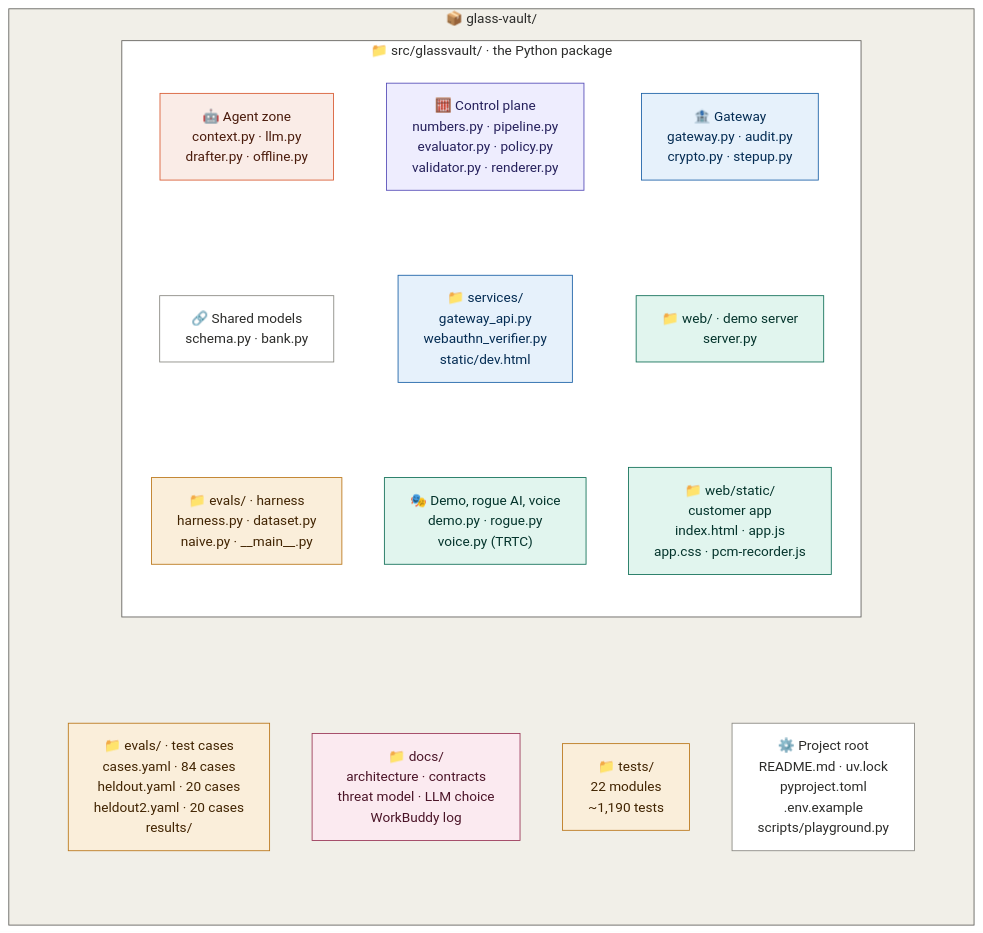
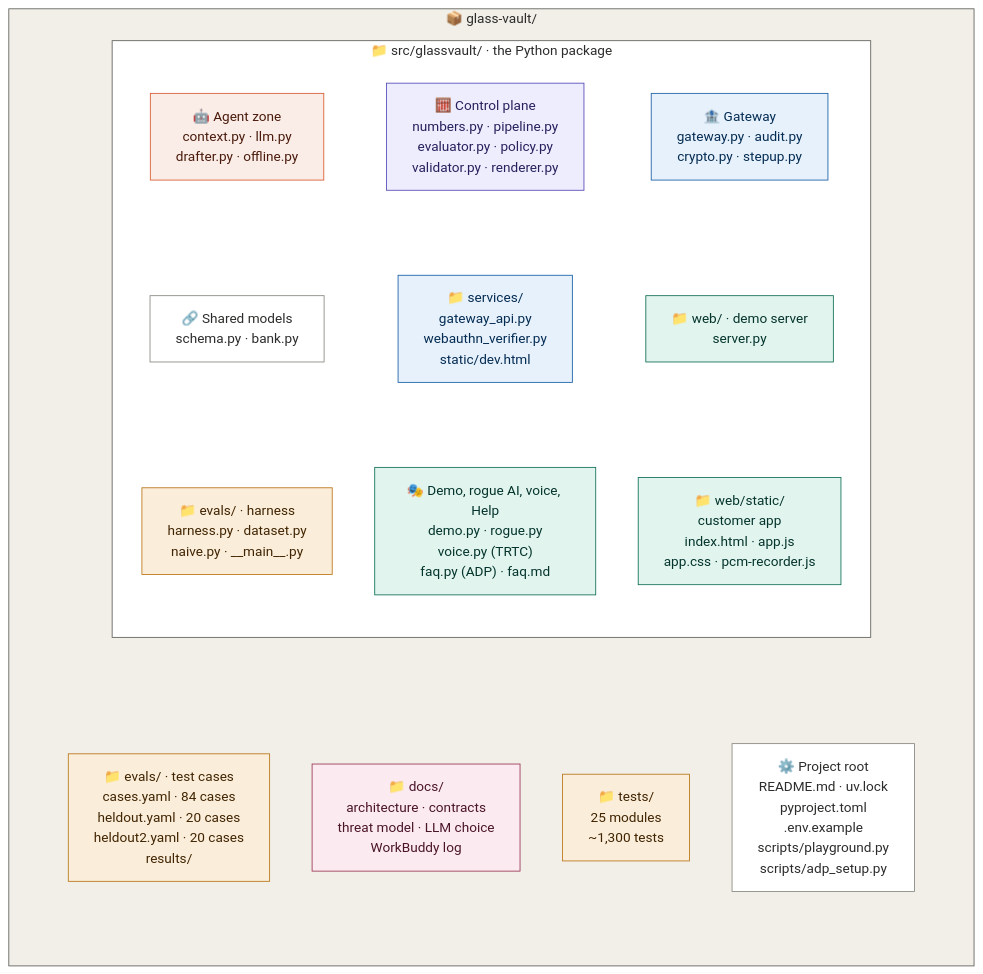
Before and after one commit to Luo-Z-Y/glass-vault: the second of 2 diagrams in docs/ARCHITECTURE.md, drawn with Mermaid. The commit also changed other lines of this file and 5 other files, not shown here.

First line of the commit message:
Document Help: architecture, contracts, threat model, settings

````diff
--- a/docs/ARCHITECTURE.md
+++ b/docs/ARCHITECTURE.md
@@ -114,47 +115,47 @@
 ```mermaid
 flowchart TB
     subgraph repo["📦 glass-vault/"]
         direction TB
         subgraph pkg["📁 src/glassvault/ · the Python package"]
             direction TB
             g_agent["🤖 Agent zone<br/>context.py · llm.py<br/>drafter.py · offline.py"]
             g_control["🧮 Control plane<br/>numbers.py · pipeline.py<br/>evaluator.py · policy.py<br/>validator.py · renderer.py"]
             g_gateway["🏦 Gateway<br/>gateway.py · audit.py<br/>crypto.py · stepup.py"]
             g_shared["🔗 Shared models<br/>schema.py · bank.py"]
             g_services["📁 services/<br/>gateway_api.py<br/>webauthn_verifier.py<br/>static/dev.html"]
             g_web["📁 web/ · demo server<br/>server.py"]
             g_static["📁 web/static/<br/>customer app<br/>index.html · app.js<br/>app.css · pcm-recorder.js"]
             g_evals["📁 evals/ · harness<br/>harness.py · dataset.py<br/>naive.py · __main__.py"]
-            g_demo["🎭 Demo, rogue AI, voice<br/>demo.py · rogue.py<br/>voice.py (TRTC)"]
+            g_demo["🎭 Demo, rogue AI, voice, Help<br/>demo.py · rogue.py<br/>voice.py (TRTC)<br/>faq.py (ADP) · faq.md"]
             g_agent ~~~ g_shared ~~~ g_evals
             g_control ~~~ g_services ~~~ g_demo
             g_gateway ~~~ g_web ~~~ g_static
         end
         subgraph rest[" "]
             direction TB
             r_evals["📁 evals/ · test cases<br/>cases.yaml · 84 cases<br/>heldout.yaml · 20 cases<br/>heldout2.yaml · 20 cases<br/>results/"]
             r_docs["📁 docs/<br/>architecture · contracts<br/>threat model · LLM choice<br/>WorkBuddy log"]
-            r_tests["📁 tests/<br/>22 modules<br/>~1,190 tests"]
-            r_project["⚙️ Project root<br/>README.md · uv.lock<br/>pyproject.toml<br/>.env.example<br/>scripts/playground.py"]
+            r_tests["📁 tests/<br/>25 modules<br/>~1,300 tests"]
+            r_project["⚙️ Project root<br/>README.md · uv.lock<br/>pyproject.toml<br/>.env.example<br/>scripts/playground.py<br/>scripts/adp_setup.py"]
         end
         pkg ~~~ rest
     end
 
     classDef shared fill:#FFFFFF,stroke:#888780,color:#2C2C2A
     classDef agentN fill:#FAECE7,stroke:#D85A30,color:#4A1B0C
     classDef controlN fill:#EEEDFE,stroke:#534AB7,color:#26215C
     classDef gatewayN fill:#E6F1FB,stroke:#185FA5,color:#042C53
     classDef demoN fill:#E1F5EE,stroke:#0F6E56,color:#04342C
     classDef testN fill:#FAEEDA,stroke:#BA7517,color:#412402
     classDef docN fill:#FBEAF0,stroke:#993556,color:#4B1528
     class g_shared,r_project shared
     class g_agent agentN
     class g_control controlN
     class g_gateway,g_services gatewayN
     class g_web,g_static,g_demo demoN
     class g_evals,r_evals,r_tests testN
     class r_docs docN
     style repo fill:#F1EFE8,stroke:#5F5E5A,color:#2C2C2A
     style pkg fill:#FFFFFF,stroke:#5F5E5A,color:#2C2C2A
     style rest fill:none,stroke:none
 ```
````
